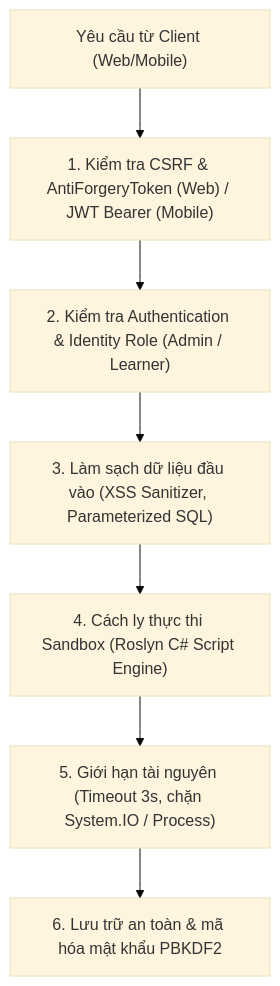
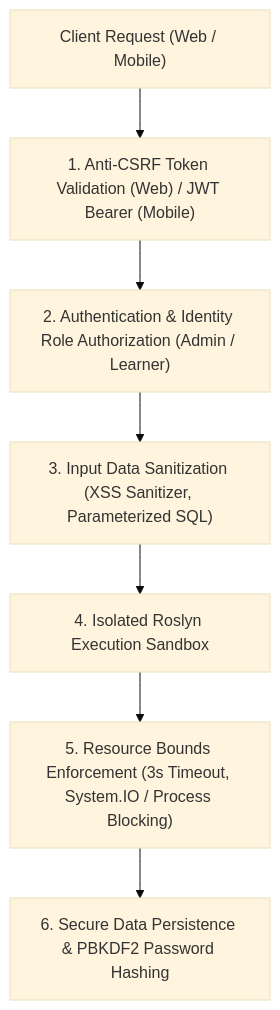
The first of 2 diagrams in docs/04_non_functional_requirements.md (KaitoDeus/NET-Tutos), drawn with Mermaid (base theme) before and after one commit. The commit also changed other lines of this file and 5 other files, not shown here.

````diff
--- a/docs/04_non_functional_requirements.md
+++ b/docs/04_non_functional_requirements.md
@@ -35,9 +36,9 @@
 ```mermaid
 graph TD
-    UserReq["Yêu cầu từ Client (Web/Mobile)"] --> CSRF["1. Kiểm tra CSRF & AntiForgeryToken (Web) / JWT Bearer (Mobile)"]
-    CSRF --> Auth["2. Kiểm tra Authentication & Identity Role (Admin / Learner)"]
-    Auth --> Sanitize["3. Làm sạch dữ liệu đầu vào (XSS Sanitizer, Parameterized SQL)"]
-    Sanitize --> Sandbox["4. Cách ly thực thi Sandbox (Roslyn C# Script Engine)"]
-    Sandbox --> SafeExec["5. Giới hạn tài nguyên (Timeout 3s, chặn System.IO / Process)"]
-    SafeExec --> DB["6. Lưu trữ an toàn & mã hóa mật khẩu PBKDF2"]
+    UserReq["Client Request (Web / Mobile)"] --> CSRF["1. Anti-CSRF Token Validation (Web) / JWT Bearer (Mobile)"]
+    CSRF --> Auth["2. Authentication & Identity Role Authorization (Admin / Learner)"]
+    Auth --> Sanitize["3. Input Data Sanitization (XSS Sanitizer, Parameterized SQL)"]
+    Sanitize --> Sandbox["4. Isolated Roslyn Execution Sandbox"]
+    Sandbox --> SafeExec["5. Resource Bounds Enforcement (3s Timeout, System.IO / Process Blocking)"]
+    SafeExec --> DB["6. Secure Data Persistence & PBKDF2 Password Hashing"]
 ```
````
